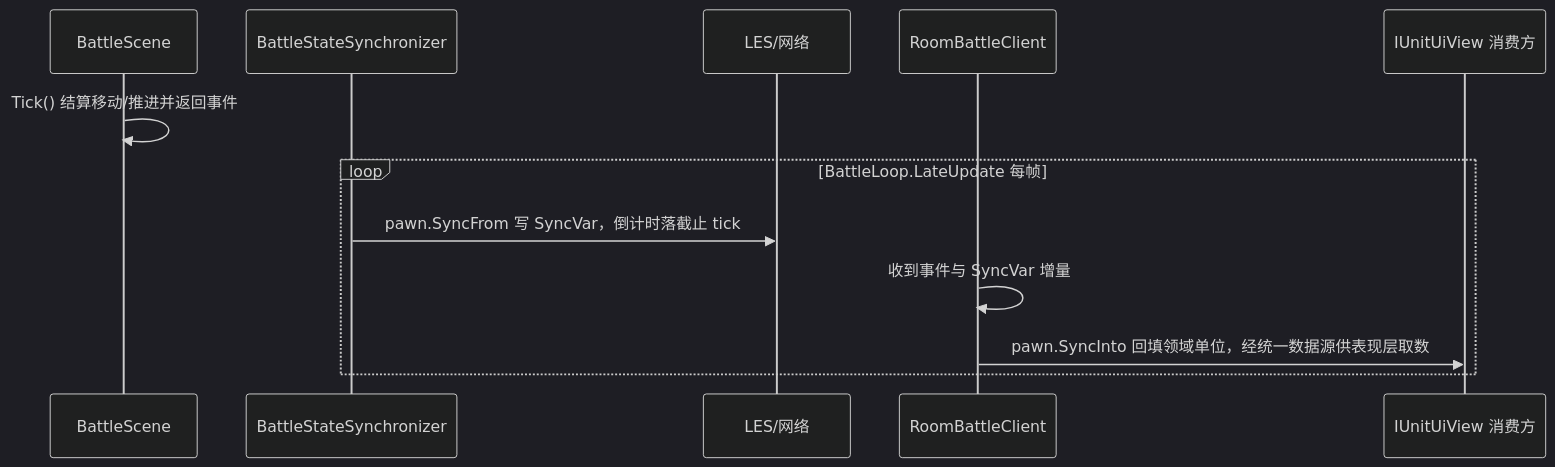
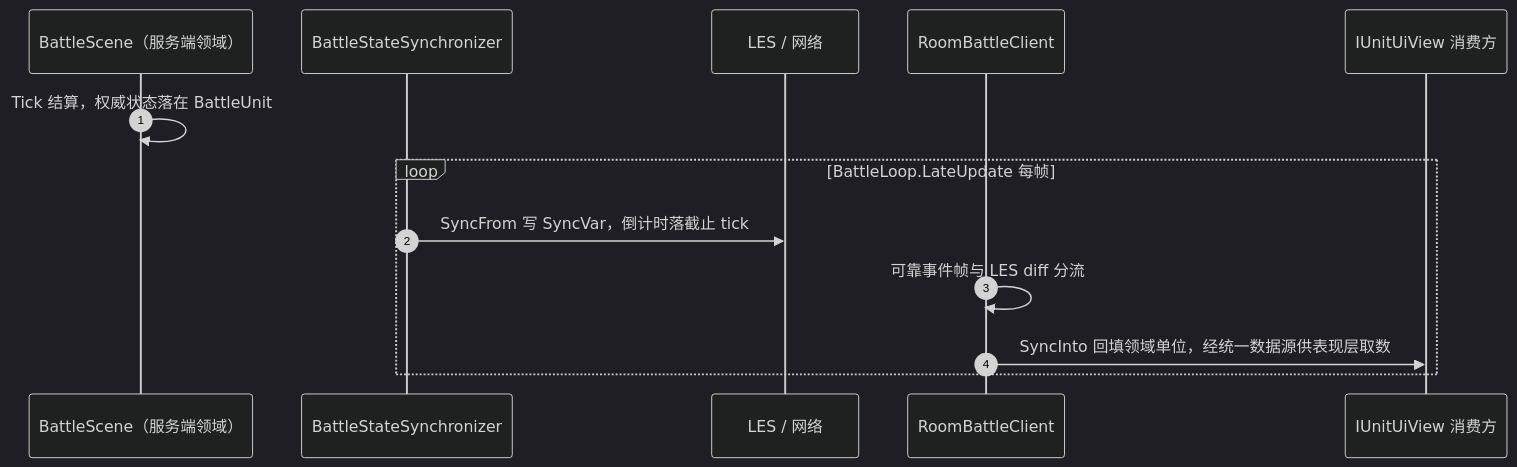
The diagram in docs/flow/battle-state-sync.md (DrMelt/dungeon_chess_battle), drawn with Mermaid (dark theme) before and after one commit. The commit also changed other lines of this file and 149 other files, not shown here.

````diff
--- a/docs/flow/battle-state-sync.md
+++ b/docs/flow/battle-state-sync.md
@@ -42,15 +9,16 @@
 ```mermaid
 sequenceDiagram
-    participant Scene as BattleScene
+    autonumber
+    participant Scene as BattleScene（服务端领域）
     participant Sync as BattleStateSynchronizer
-    participant Net as LES/网络
+    participant Net as LES / 网络
     participant Client as RoomBattleClient
     participant UI as IUnitUiView 消费方
 
-    Scene->>Scene: Tick() 结算移动/推进并返回事件
+    Scene->>Scene: Tick 结算，权威状态落在 BattleUnit
     Loop BattleLoop.LateUpdate 每帧
-        Sync->>Net: pawn.SyncFrom 写 SyncVar，倒计时落截止 tick
-        Client->>Client: 收到事件与 SyncVar 增量
-        Client->>UI: pawn.SyncInto 回填领域单位，经统一数据源供表现层取数
+        Sync->>Net: SyncFrom 写 SyncVar，倒计时落截止 tick
+        Client->>Client: 可靠事件帧与 LES diff 分流
+        Client->>UI: SyncInto 回填领域单位，经统一数据源供表现层取数
     end
 ```
````
